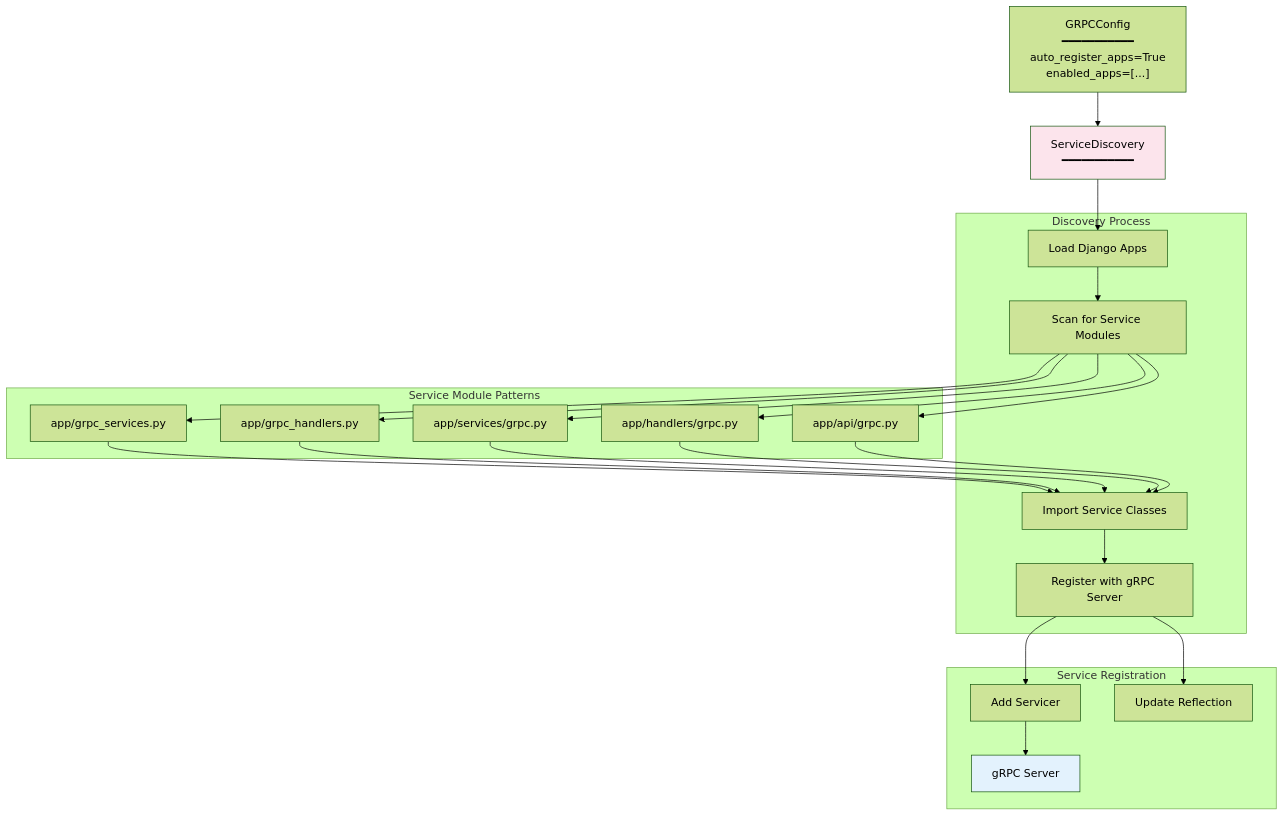
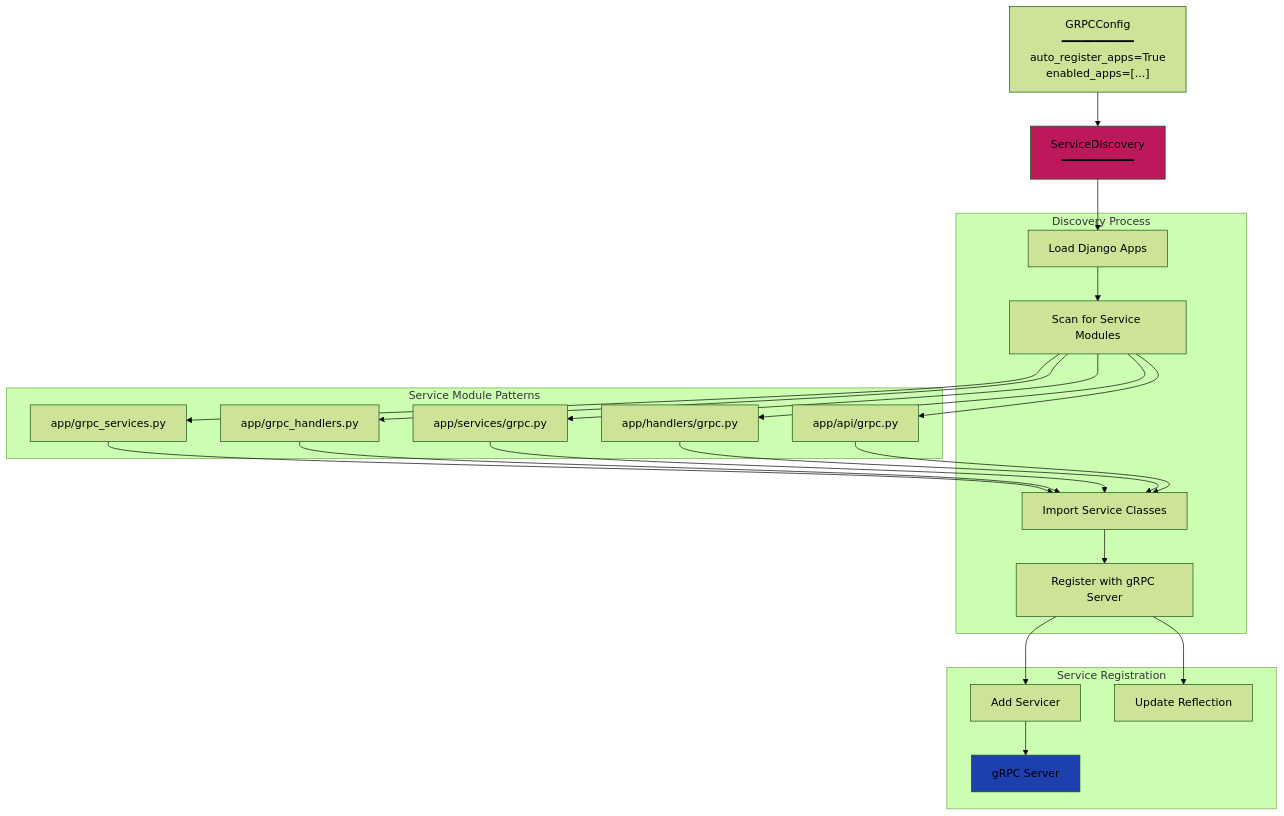
The fifth of 12 diagrams in docs/features/integrations/grpc/architecture.md (markolofsen/django-cfg), drawn with Mermaid (forest theme) before and after one commit. The commit also changed other lines of this file and 10 other files, not shown here.

````diff
--- a/docs/features/integrations/grpc/architecture.md
+++ b/docs/features/integrations/grpc/architecture.md
@@ -250,50 +249,50 @@
 ```mermaid
 graph TB
     Config["GRPCConfig<br/>━━━━━━━━━━━<br/>auto_register_apps=True<br/>enabled_apps=[...]"]
 
     Discovery["ServiceDiscovery<br/>━━━━━━━━━━━"]
 
     subgraph "Discovery Process"
         Apps["Load Django Apps"]
         Scan["Scan for Service Modules"]
         Import["Import Service Classes"]
         Register["Register with gRPC Server"]
     end
 
     subgraph "Service Module Patterns"
         P1["app/grpc_services.py"]
         P2["app/grpc_handlers.py"]
         P3["app/services/grpc.py"]
         P4["app/handlers/grpc.py"]
         P5["app/api/grpc.py"]
     end
 
     subgraph "Service Registration"
         Server["gRPC Server"]
         Servicer["Add Servicer"]
         Reflection["Update Reflection"]
     end
 
     Config --> Discovery
     Discovery --> Apps --> Scan
 
     Scan --> P1
     Scan --> P2
     Scan --> P3
     Scan --> P4
     Scan --> P5
 
     P1 --> Import
     P2 --> Import
     P3 --> Import
     P4 --> Import
     P5 --> Import
 
     Import --> Register
     Register --> Servicer
     Register --> Reflection
     Servicer --> Server
 
-    style Discovery fill:#fce4ec
-    style Server fill:#e3f2fd
+    style Discovery fill:#be185d
+    style Server fill:#1e40af
 ```
````
